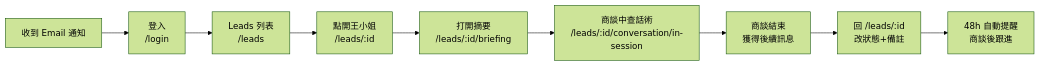
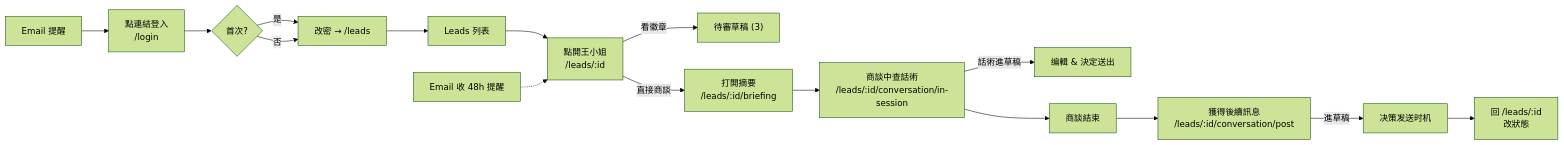
Before and after one commit to Zenobia000/synergy-ai-platform: the fourth of 6 diagrams in docs/09_frontend_ia.md, drawn with Mermaid (forest theme). The commit also changed other lines of this file and 15 other files, not shown here.

````diff
--- a/docs/09_frontend_ia.md
+++ b/docs/09_frontend_ia.md
@@ -146,11 +188,18 @@
 ```mermaid
 graph LR
-    A[收到 Email 通知] --> B[登入<br/>/login]
-    B --> C[Leads 列表<br/>/leads]
-    C --> D[點開王小姐<br/>/leads/:id]
-    D --> E[打開摘要<br/>/leads/:id/briefing]
-    E --> F[商談中查話術<br/>/leads/:id/conversation/in-session]
-    F --> G[商談結束<br/>獲得後續訊息]
-    G --> H[回 /leads/:id<br/>改狀態+備註]
-    H --> I[48h 自動提醒<br/>商談後跟進]
+    A[Email 提醒] --> B[點連結登入<br/>/login]
+    B --> C{首次?}
+    C -->|是| C2[改密 → /leads]
+    C -->|否| C2
+    C2 --> D[Leads 列表]
+    D --> E[點開王小姐<br/>/leads/:id]
+    E -->|看徽章| F["待審草稿 (3)"]
+    E -->|直接商談| G[打開摘要<br/>/leads/:id/briefing]
+    G --> H[商談中查話術<br/>/leads/:id/conversation/in-session]
+    H -->|話術進草稿| I["编輯 & 決定送出"]
+    H --> J[商談結束]
+    J --> K[獲得後續訊息<br/>/leads/:id/conversation/post]
+    K -->|進草稿| L["决策发送时机"]
+    L --> M[回 /leads/:id<br/>改狀態]
+    N[Email 收 48h 提醒] -.-> E
 ```
````
